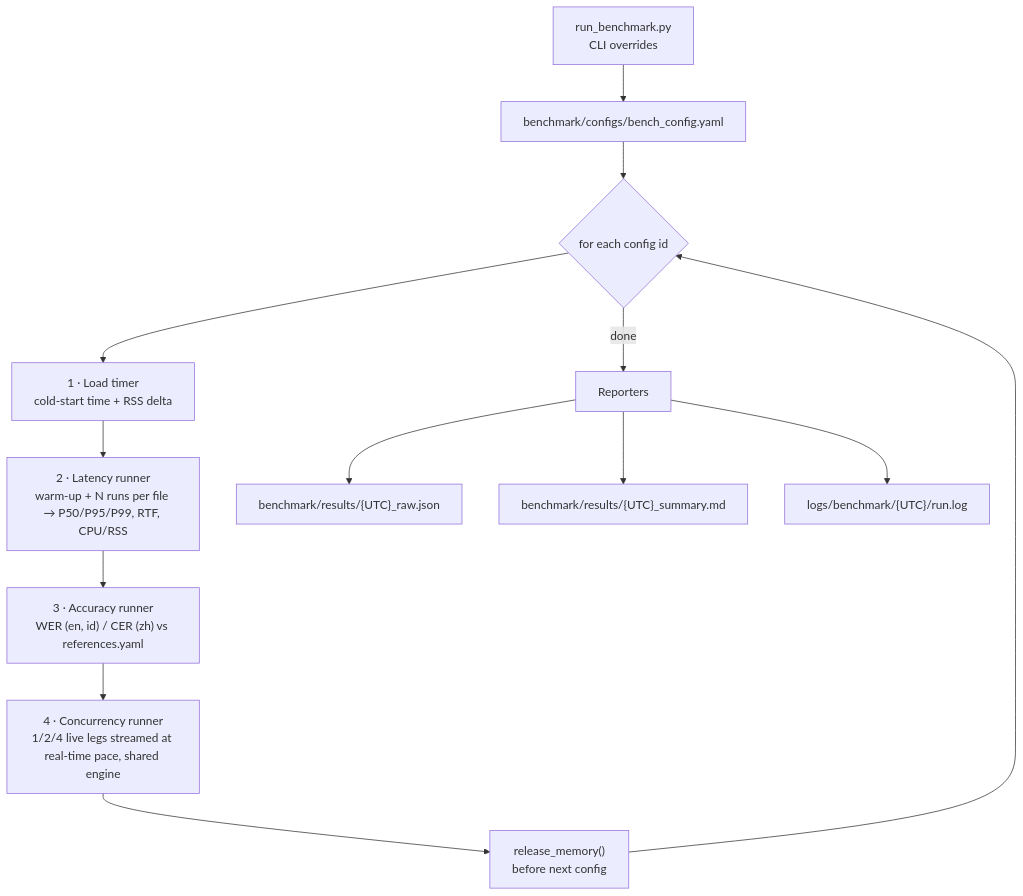
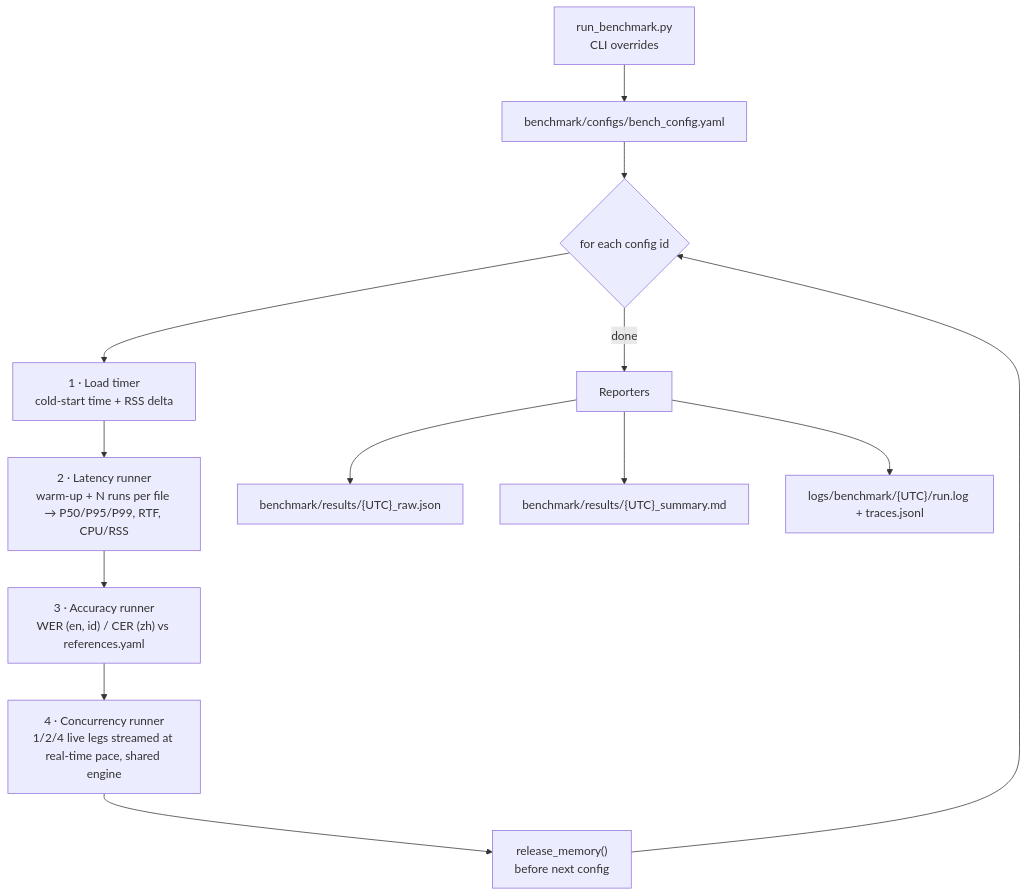
One commit to naseemap47/RT-MASR-CPU changed the diagram in docs/benchmark/benchmarking.md. Above: the diagram before and after it, drawn with Mermaid. The commit also changed other lines of this file and 17 other files, not shown here.

````diff
--- a/docs/benchmark/benchmarking.md
+++ b/docs/benchmark/benchmarking.md
@@ -11,15 +11,15 @@
 ```mermaid
 flowchart TD
     CLI["run_benchmark.py<br/>CLI overrides"] --> CFG["benchmark/configs/bench_config.yaml"]
     CFG --> LOOP{"for each config id"}
     LOOP --> L1["1 · Load timer<br/>cold-start time + RSS delta"]
     L1 --> L2["2 · Latency runner<br/>warm-up + N runs per file → P50/P95/P99, RTF, CPU/RSS"]
     L2 --> L3["3 · Accuracy runner<br/>WER (en, id) / CER (zh) vs references.yaml"]
     L3 --> L4["4 · Concurrency runner<br/>1/2/4 live legs streamed at real-time pace, shared engine"]
     L4 --> FREE["release_memory()<br/>before next config"]
     FREE --> LOOP
     LOOP -->|done| REP["Reporters"]
     REP --> J["benchmark/results/{UTC}_raw.json"]
     REP --> M["benchmark/results/{UTC}_summary.md"]
-    REP --> L["logs/benchmark/{UTC}/run.log"]
+    REP --> L["logs/benchmark/{UTC}/run.log + traces.jsonl"]
 ```
````
